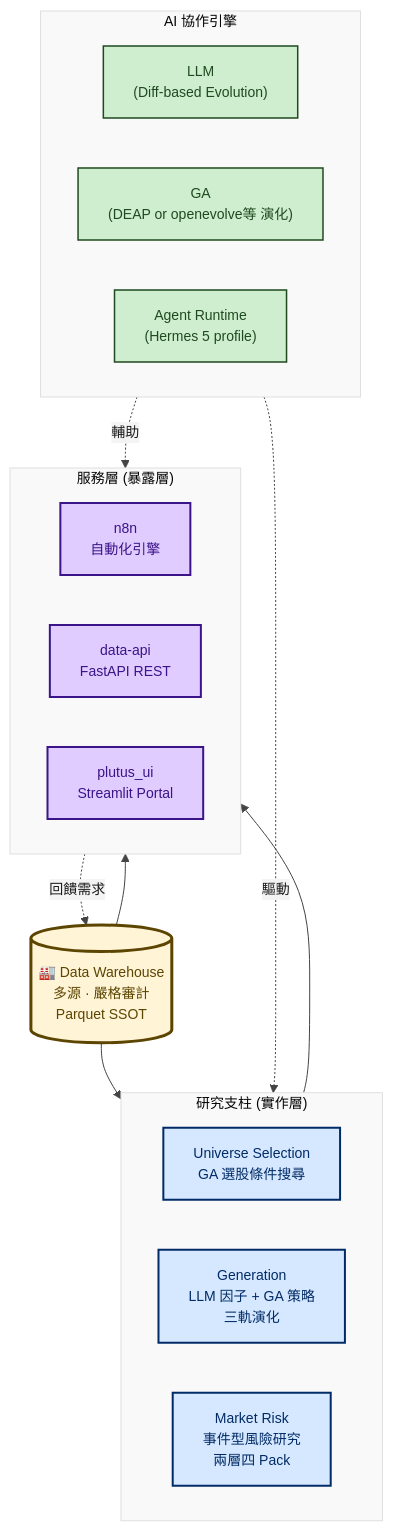
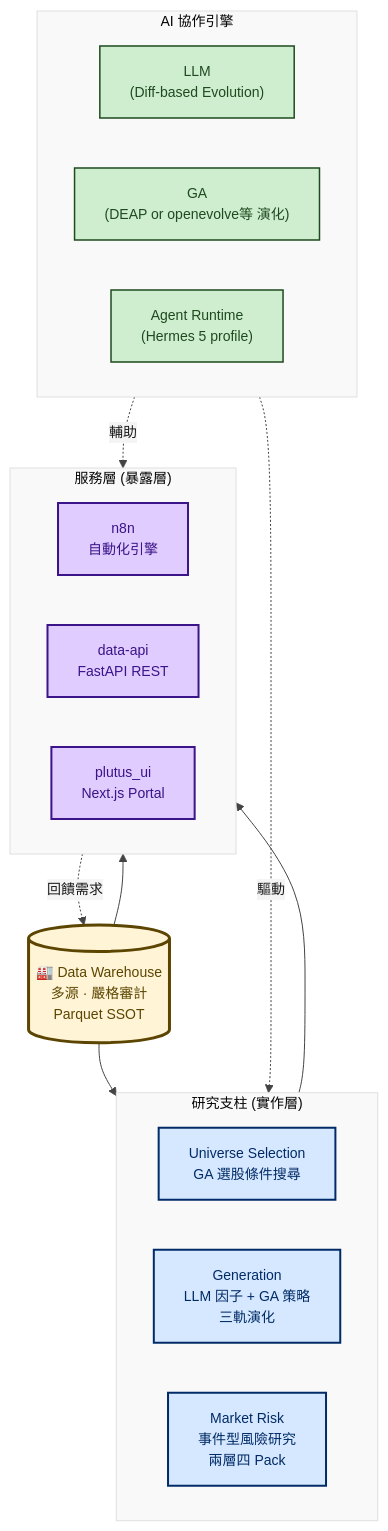
Before and after one commit to Jang-jhih/quant-interview-prep: the diagram in README.md, drawn with Mermaid. The commit also changed other lines of this file and 18 other files, not shown here.

````diff
--- a/README.md
+++ b/README.md
@@ -47,38 +67,38 @@
 ```mermaid
 %%{init: {'theme':'base', 'themeVariables': {'primaryColor':'#ececec','primaryTextColor':'#1a1a1a','primaryBorderColor':'#555555','lineColor':'#444444','secondaryColor':'#f4f4f4','fontSize':'14px'}}}%%
 flowchart TB
     classDef core fill:#fff4d6,stroke:#5c4500,stroke-width:3px,color:#5c4500
     classDef research fill:#d6e8ff,stroke:#002b66,stroke-width:2px,color:#002b66
     classDef expose fill:#e0ccff,stroke:#3a1488,stroke-width:2px,color:#3a1488
     classDef ai fill:#cfeecf,stroke:#1f4a1f,stroke-width:1.5px,color:#1f4a1f
 
     WH[("🏭 Data Warehouse<br/>多源 · 嚴格審計<br/>Parquet SSOT")]:::core
 
     subgraph AI["AI 協作引擎"]
         direction LR
         LLM["LLM<br/>(Diff-based Evolution)"]:::ai
         GA["GA<br/>(DEAP or openevolve等 演化)"]:::ai
         HERMES["Agent Runtime<br/>(Hermes 5 profile)"]:::ai
     end
 
     subgraph RS["研究支柱 (實作層)"]
         direction LR
         UNI["Universe Selection<br/>GA 選股條件搜尋<br/>"]:::research
         GEN["Generation<br/>LLM 因子 + GA 策略<br/>三軌演化"]:::research
         RISK["Market Risk<br/>事件型風險研究<br/>兩層四 Pack"]:::research
     end
 
     subgraph SV["服務層 (暴露層)"]
         direction LR
         N8N["n8n<br/>自動化引擎"]:::expose
         API["data-api<br/>FastAPI REST"]:::expose
-        UI["plutus_ui<br/>Streamlit Portal"]:::expose
+        UI["plutus_ui<br/>Next.js Portal"]:::expose
     end
 
     WH --> RS
     WH --> SV
     AI -.驅動.-> RS
     AI -.輔助.-> SV
     RS --> SV
     SV -.回饋需求.-> WH
 ```
````
